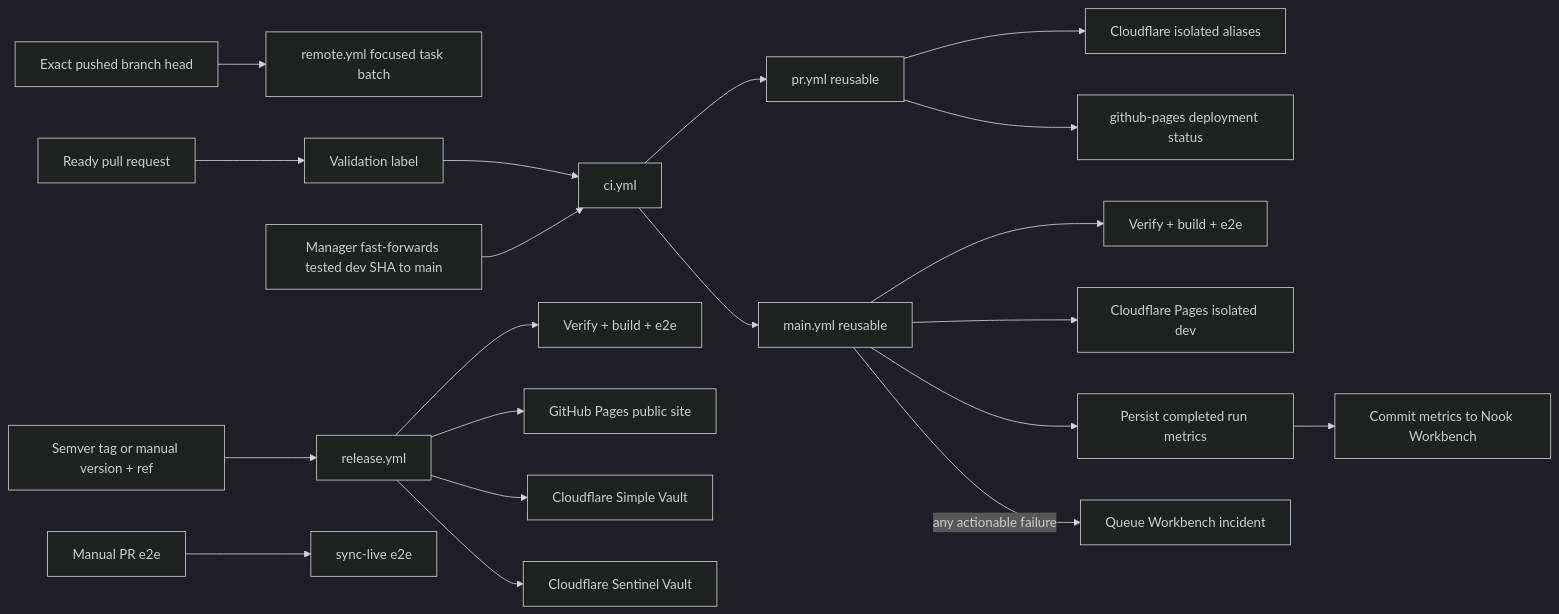
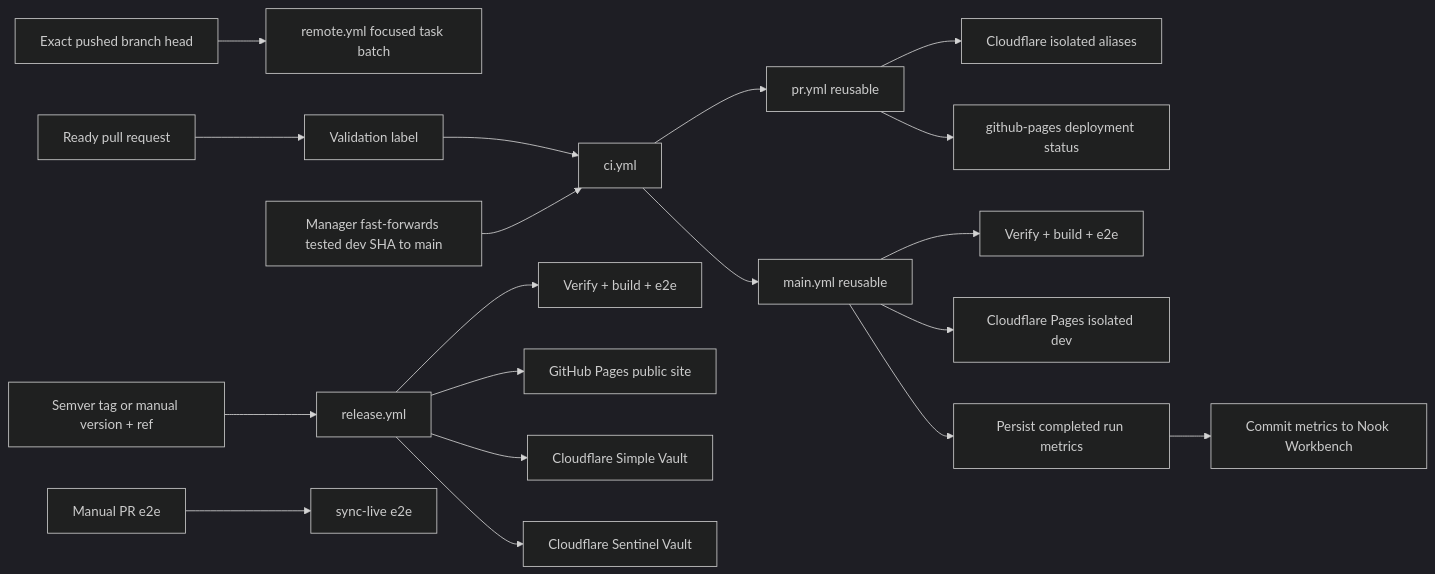
One commit to meta-secret/nook changed the diagram in .cortex/teams/sre/workflows/ci-pipeline.md. Above: the diagram before and after it, drawn with Mermaid (dark theme). The commit also changed other lines of this file and 4 other files, not shown here.

````diff
--- a/.cortex/teams/sre/workflows/ci-pipeline.md
+++ b/.cortex/teams/sre/workflows/ci-pipeline.md
@@ -168,26 +167,25 @@
 ```mermaid
 flowchart LR
   branch[Exact pushed branch head] --> remote_yml[remote.yml focused task batch]
   PR[Ready pull request] --> label[Validation label]
   label --> ci_yml[ci.yml]
   ci_yml --> pr_yml[pr.yml reusable]
   pr_yml --> preview[Cloudflare isolated aliases]
   pr_yml --> pr_deployment[github-pages deployment status]
 
   merge[Manager fast-forwards tested dev SHA to main] --> ci_yml
   ci_yml --> main_yml[main.yml reusable]
   main_yml --> main_verify[Verify + build + e2e]
   main_yml --> cf_dev[Cloudflare Pages isolated dev]
   main_yml --> main_stats[Persist completed run metrics]
   main_stats --> workbench_stats[Commit metrics to Nook Workbench]
-  main_yml -->|any actionable failure| main_failure[Queue Workbench incident]
 
   release[Semver tag or manual version + ref] --> release_yml[release.yml]
   release_yml --> release_verify[Verify + build + e2e]
   release_yml --> pages[GitHub Pages public site]
   release_yml --> simple_cf[Cloudflare Simple Vault]
   release_yml --> sentinel_cf[Cloudflare Sentinel Vault]
 
   manual_e2e[Manual PR e2e] --> e2e_live[sync-live e2e]
 
 ```
````
